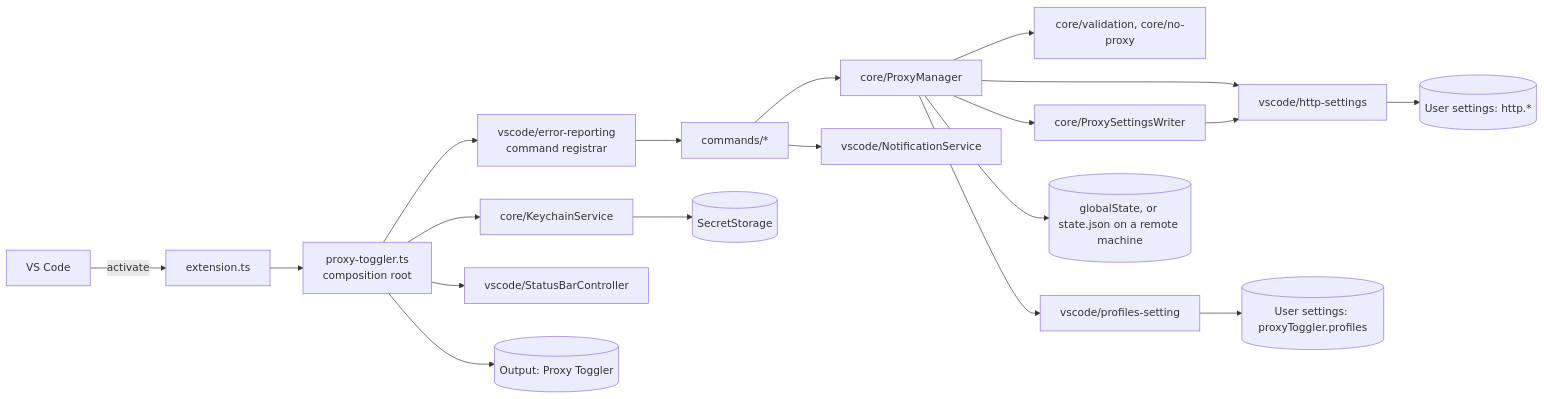
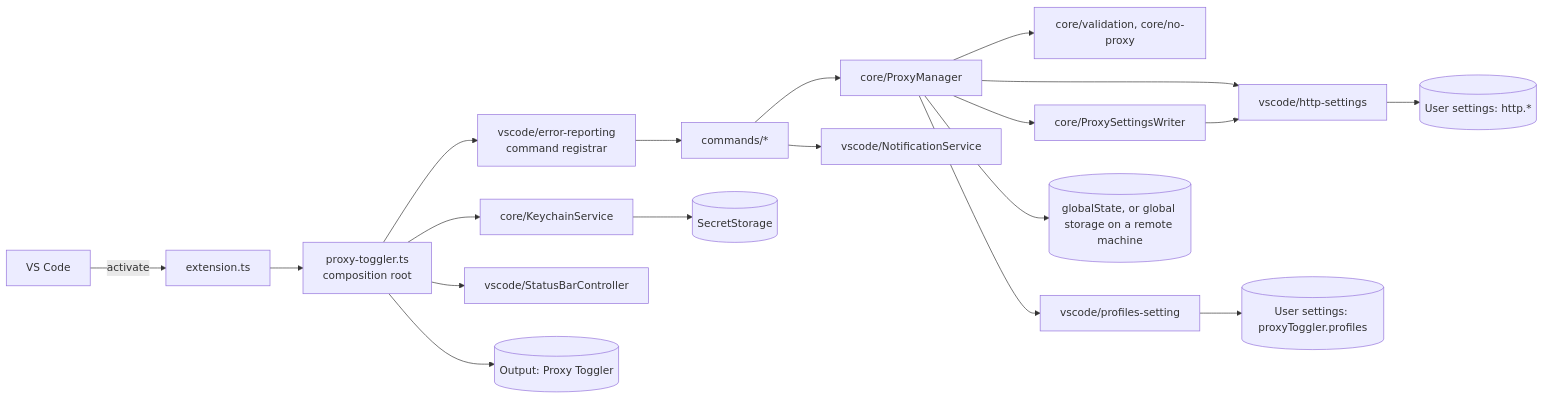
Before and after one commit to bluecloud-dev/proxy-toggler: the diagram in ARCHITECTURE.md, drawn with Mermaid. The commit also changed other lines of this file and 6 other files, not shown here.

````diff
--- a/ARCHITECTURE.md
+++ b/ARCHITECTURE.md
@@ -34,21 +34,21 @@
 ```mermaid
 flowchart LR
   vscodeHost["VS Code"] -->|activate| extension["extension.ts"]
   extension --> root["proxy-toggler.ts<br/>composition root"]
   root --> registrar["vscode/error-reporting<br/>command registrar"]
   registrar --> commands["commands/*"]
   commands --> manager["core/ProxyManager"]
   commands --> notifications["vscode/NotificationService"]
   manager --> validation["core/validation, core/no-proxy"]
   manager --> writer["core/ProxySettingsWriter"]
   manager --> httpSettings["vscode/http-settings"]
   manager --> profilesSetting["vscode/profiles-setting"]
   writer --> httpSettings
   profilesSetting --> profiles[("User settings: proxyToggler.profiles")]
   root --> keychain["core/KeychainService"]
   keychain --> secrets[("SecretStorage")]
-  manager --> state[("globalState, or state.json on a remote machine")]
+  manager --> state[("globalState, or global storage on a remote machine")]
   httpSettings --> settings[("User settings: http.*")]
   root --> statusBar["vscode/StatusBarController"]
   root --> logger[("Output: Proxy Toggler")]
 ```
````
